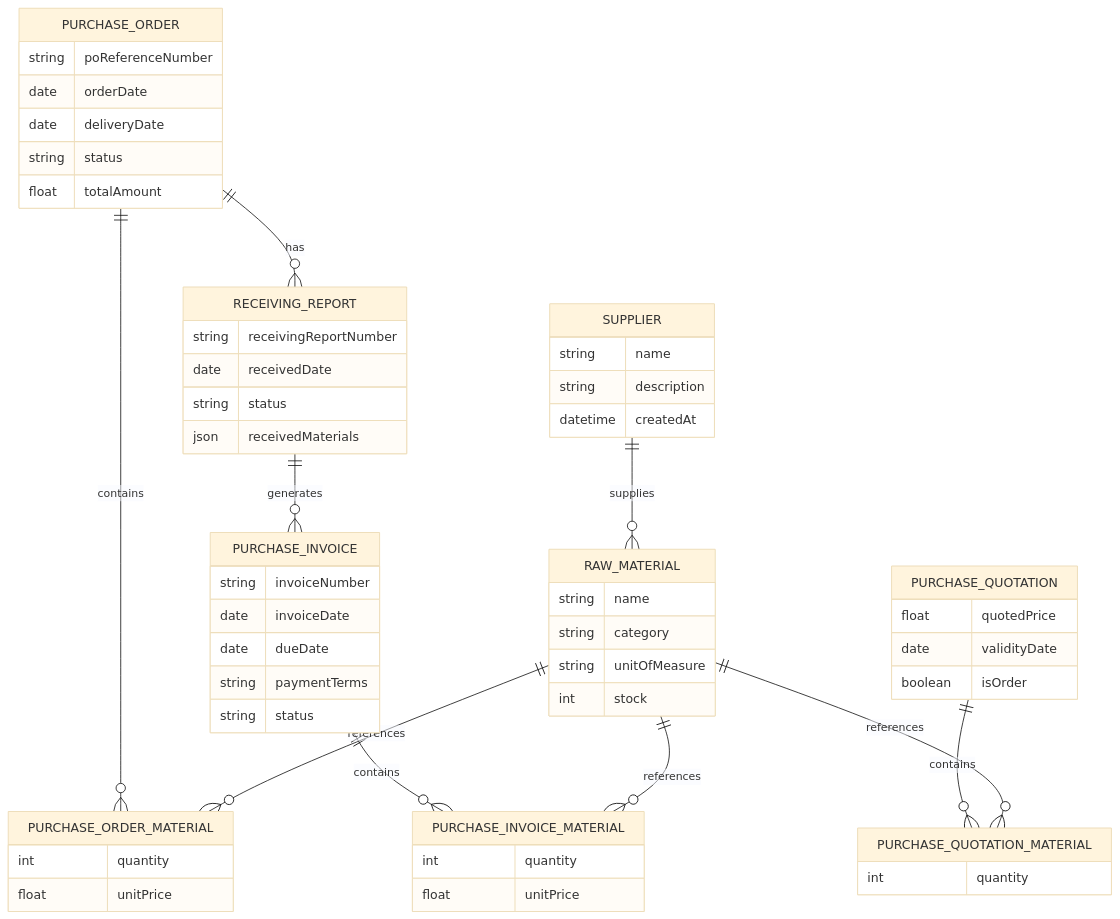
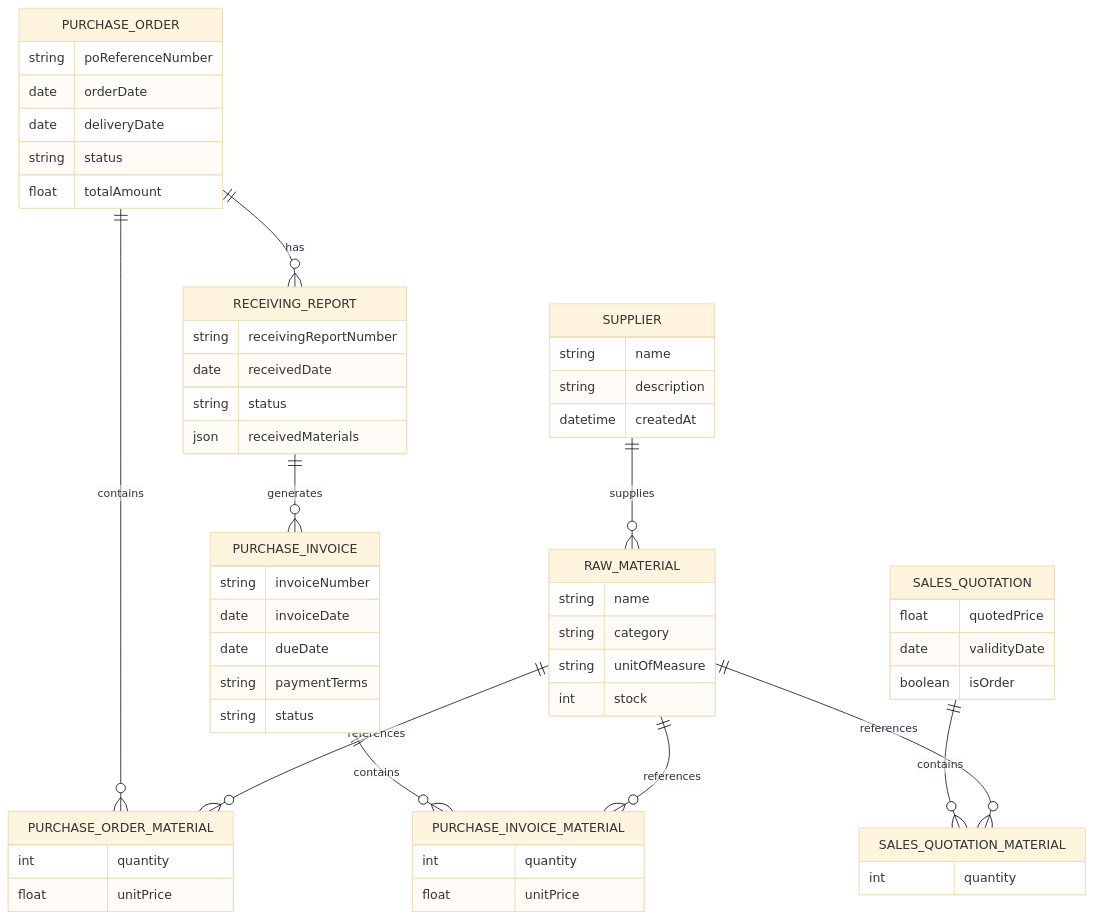
The diagram in docs/erd_purchasing.mmd (vincenikolai/ecommerce-adminn), drawn with Mermaid (base theme) before and after one commit. The commit also changed 3 other files, not shown here.

Commit message:
docs: rename PurchaseQuotation -> SalesQuotation across ERDs

```diff
--- a/docs/erd_purchasing.mmd
+++ b/docs/erd_purchasing.mmd
@@ -1,59 +1,59 @@
 %% Purchasing & Inventory Subsystem ERD
 erDiagram
   SUPPLIER {
     string name
     string description
     datetime createdAt
   }
   RAW_MATERIAL {
     string name
     string category
     string unitOfMeasure
     int stock
   }
-  PURCHASE_QUOTATION {
+  SALES_QUOTATION {
     float quotedPrice
     date validityDate
     boolean isOrder
   }
-  PURCHASE_QUOTATION_MATERIAL {
+  SALES_QUOTATION_MATERIAL {
     int quantity
   }
   PURCHASE_ORDER {
     string poReferenceNumber
     date orderDate
     date deliveryDate
     string status
     float totalAmount
   }
   PURCHASE_ORDER_MATERIAL {
     int quantity
     float unitPrice
   }
   RECEIVING_REPORT {
     string receivingReportNumber
     date receivedDate
     string status
     json receivedMaterials
   }
   PURCHASE_INVOICE {
     string invoiceNumber
     date invoiceDate
     date dueDate
     string paymentTerms
     string status
   }
   PURCHASE_INVOICE_MATERIAL {
     int quantity
     float unitPrice
   }
 
   SUPPLIER ||--o{ RAW_MATERIAL : "supplies"
-  PURCHASE_QUOTATION ||--o{ PURCHASE_QUOTATION_MATERIAL : "contains"
-  RAW_MATERIAL ||--o{ PURCHASE_QUOTATION_MATERIAL : "references"
+  SALES_QUOTATION ||--o{ SALES_QUOTATION_MATERIAL : "contains"
+  RAW_MATERIAL ||--o{ SALES_QUOTATION_MATERIAL : "references"
   PURCHASE_ORDER ||--o{ PURCHASE_ORDER_MATERIAL : "contains"
   RAW_MATERIAL ||--o{ PURCHASE_ORDER_MATERIAL : "references"
   PURCHASE_ORDER ||--o{ RECEIVING_REPORT : "has"
   RECEIVING_REPORT ||--o{ PURCHASE_INVOICE : "generates"
   PURCHASE_INVOICE ||--o{ PURCHASE_INVOICE_MATERIAL : "contains"
   RAW_MATERIAL ||--o{ PURCHASE_INVOICE_MATERIAL : "references"
```
